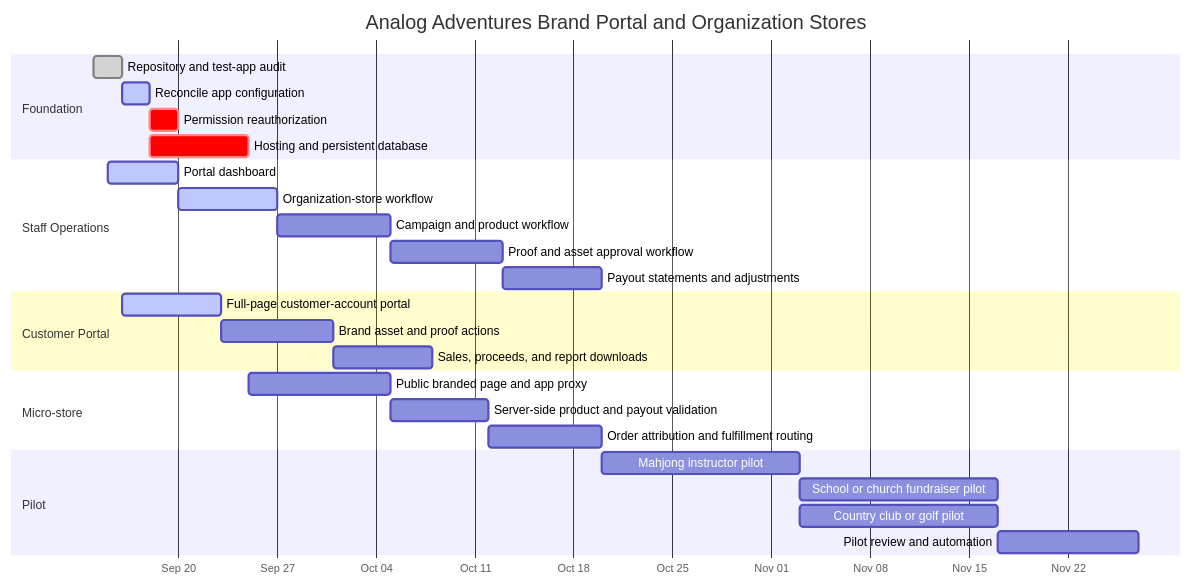
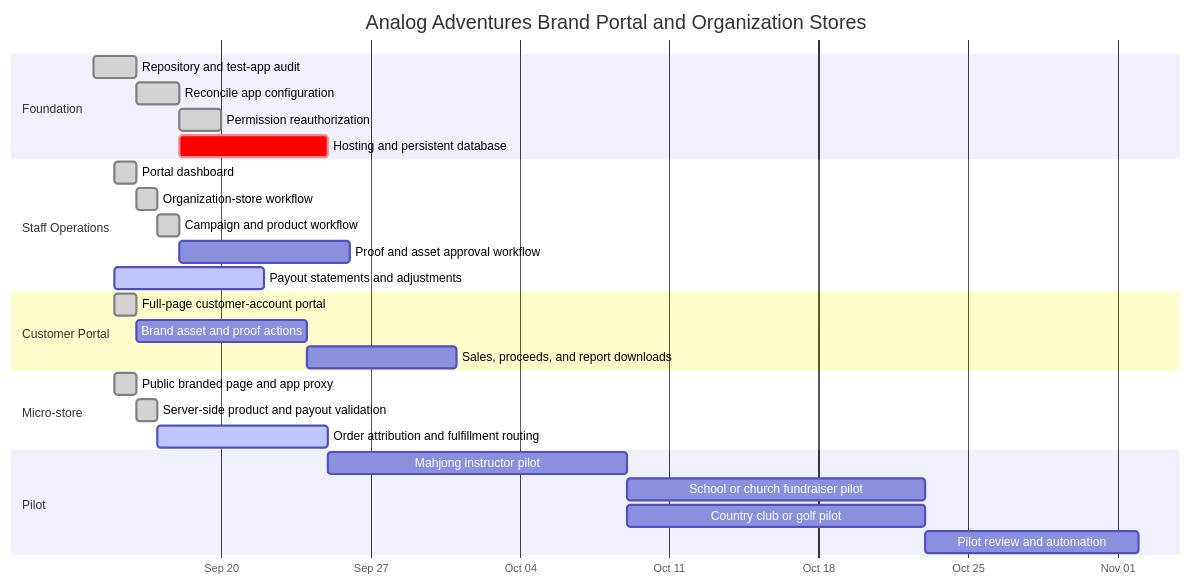
The diagram in docs/brand-portal-roadmap.md (ANALOGGIT-624/analog-adventures-adv-brand-portal), drawn with Mermaid before and after one commit. The commit also changed other lines of this file, not shown here.

Commit message:
Add payout and refund reconciliation

````diff
--- a/docs/brand-portal-roadmap.md
+++ b/docs/brand-portal-roadmap.md
@@ -10,35 +10,35 @@
 ```mermaid
 gantt
     title Analog Adventures Brand Portal and Organization Stores
     dateFormat  YYYY-MM-DD
     axisFormat  %b %d
 
     section Foundation
     Repository and test-app audit           :done, audit, 2026-09-14, 2d
-    Reconcile app configuration             :active, config, after audit, 2d
-    Permission reauthorization              :crit, auth, after config, 2d
+    Reconcile app configuration             :done, config, after audit, 2d
+    Permission reauthorization              :done, auth, after config, 2d
     Hosting and persistent database          :crit, hosting, after config, 7d
 
     section Staff Operations
-    Portal dashboard                        :active, dashboard, 2026-09-15, 5d
-    Organization-store workflow             :active, orgs, after dashboard, 7d
-    Campaign and product workflow            :campaigns, after orgs, 8d
+    Portal dashboard                        :done, dashboard, 2026-09-15, 1d
+    Organization-store workflow             :done, orgs, after dashboard, 1d
+    Campaign and product workflow            :done, campaigns, after orgs, 1d
     Proof and asset approval workflow        :proofs, after campaigns, 8d
-    Payout statements and adjustments        :payouts, after proofs, 7d
+    Payout statements and adjustments        :active, payouts, 2026-09-15, 7d
 
     section Customer Portal
-    Full-page customer-account portal        :active, customer, 2026-09-16, 7d
+    Full-page customer-account portal        :done, customer, 2026-09-15, 1d
     Brand asset and proof actions             :customer-actions, after customer, 8d
     Sales, proceeds, and report downloads     :reports, after customer-actions, 7d
 
     section Micro-store
-    Public branded page and app proxy         :storefront, after hosting, 10d
-    Server-side product and payout validation :validation, after storefront, 7d
-    Order attribution and fulfillment routing :orders, after validation, 8d
+    Public branded page and app proxy         :done, storefront, 2026-09-15, 1d
+    Server-side product and payout validation :done, validation, after storefront, 1d
+    Order attribution and fulfillment routing :active, orders, after validation, 8d
 
     section Pilot
     Mahjong instructor pilot                 :pilot1, after orders, 14d
     School or church fundraiser pilot         :pilot2, after pilot1, 14d
     Country club or golf pilot                :pilot3, after pilot1, 14d
     Pilot review and automation               :review, after pilot2, 10d
 ```
````
